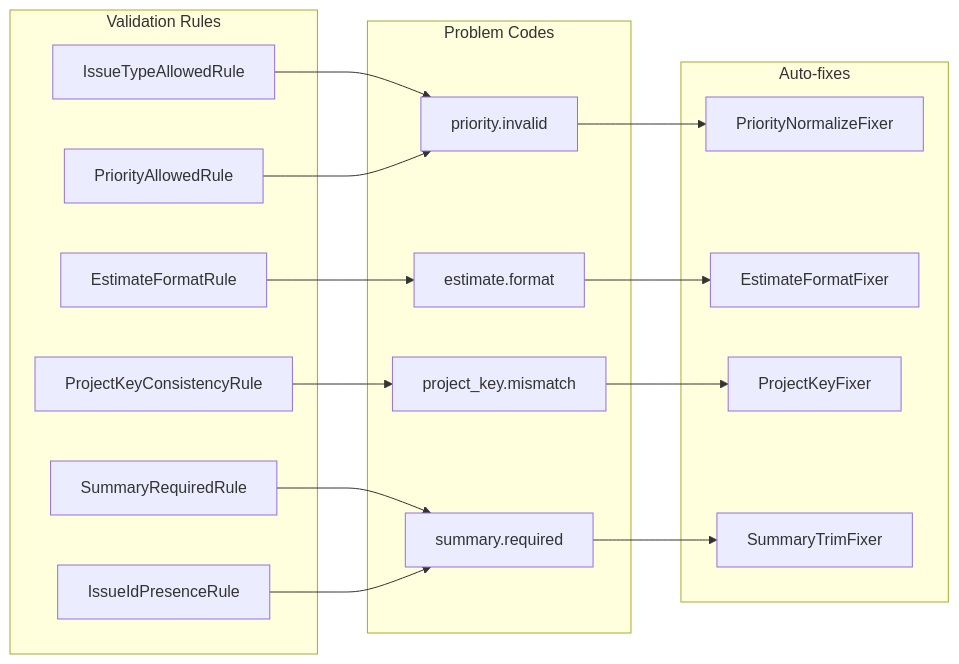
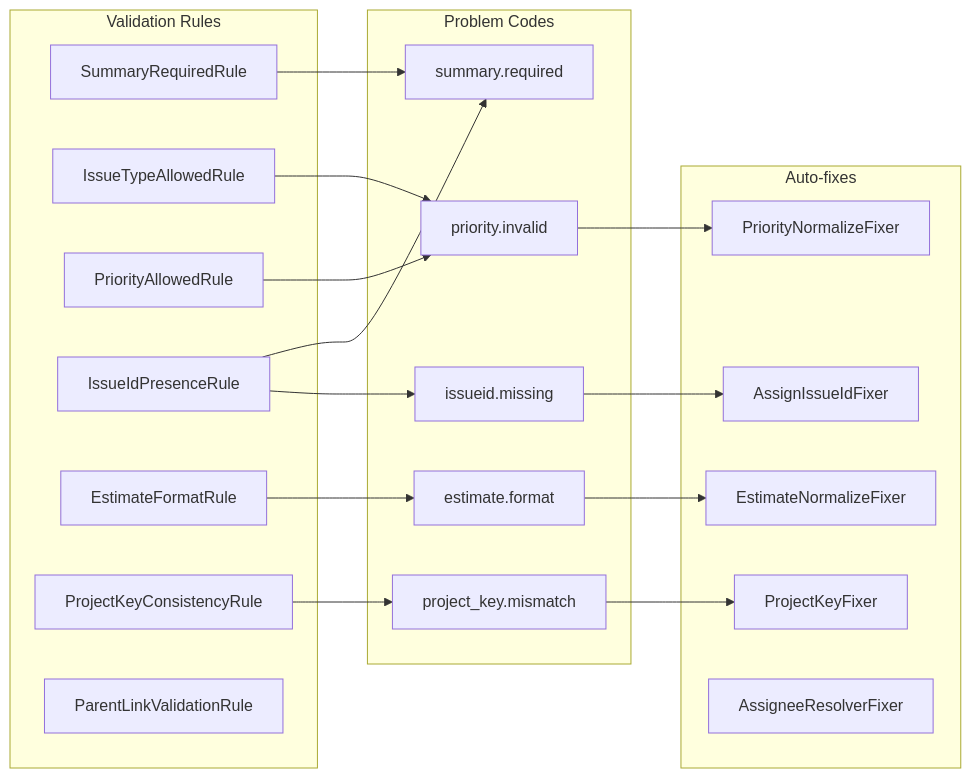
One commit to DeerHide/jira-toolkit changed the fifth of 6 diagrams in docs/ARCHITECTURE.md. Above: the diagram before and after it, drawn with Mermaid. The commit also changed other lines of this file and 5 other files, not shown here.

````diff
--- a/docs/ARCHITECTURE.md
+++ b/docs/ARCHITECTURE.md
@@ -320,37 +328,41 @@
 ```mermaid
 graph LR
     subgraph "Validation Rules"
         A1[SummaryRequiredRule]
         A2[IssueTypeAllowedRule]
         A3[PriorityAllowedRule]
         A4[IssueIdPresenceRule]
         A5[EstimateFormatRule]
         A6[ProjectKeyConsistencyRule]
+        A7[ParentLinkValidationRule]
     end
 
     subgraph "Auto-fixes"
         B1[PriorityNormalizeFixer]
-        B2[EstimateFormatFixer]
+        B2[EstimateNormalizeFixer]
         B3[ProjectKeyFixer]
-        B4[SummaryTrimFixer]
+        B4[AssignIssueIdFixer]
+        B5[AssigneeResolverFixer]
     end
 
     subgraph "Problem Codes"
         C1[summary.required]
         C2[priority.invalid]
         C3[estimate.format]
         C4[project_key.mismatch]
+        C5[issueid.missing]
     end
 
     A1 --> C1
     A2 --> C2
     A3 --> C2
     A4 --> C1
     A5 --> C3
     A6 --> C4
+    A4 --> C5
 
-    C1 --> B4
     C2 --> B1
     C3 --> B2
     C4 --> B3
+    C5 --> B4
 ```
````
